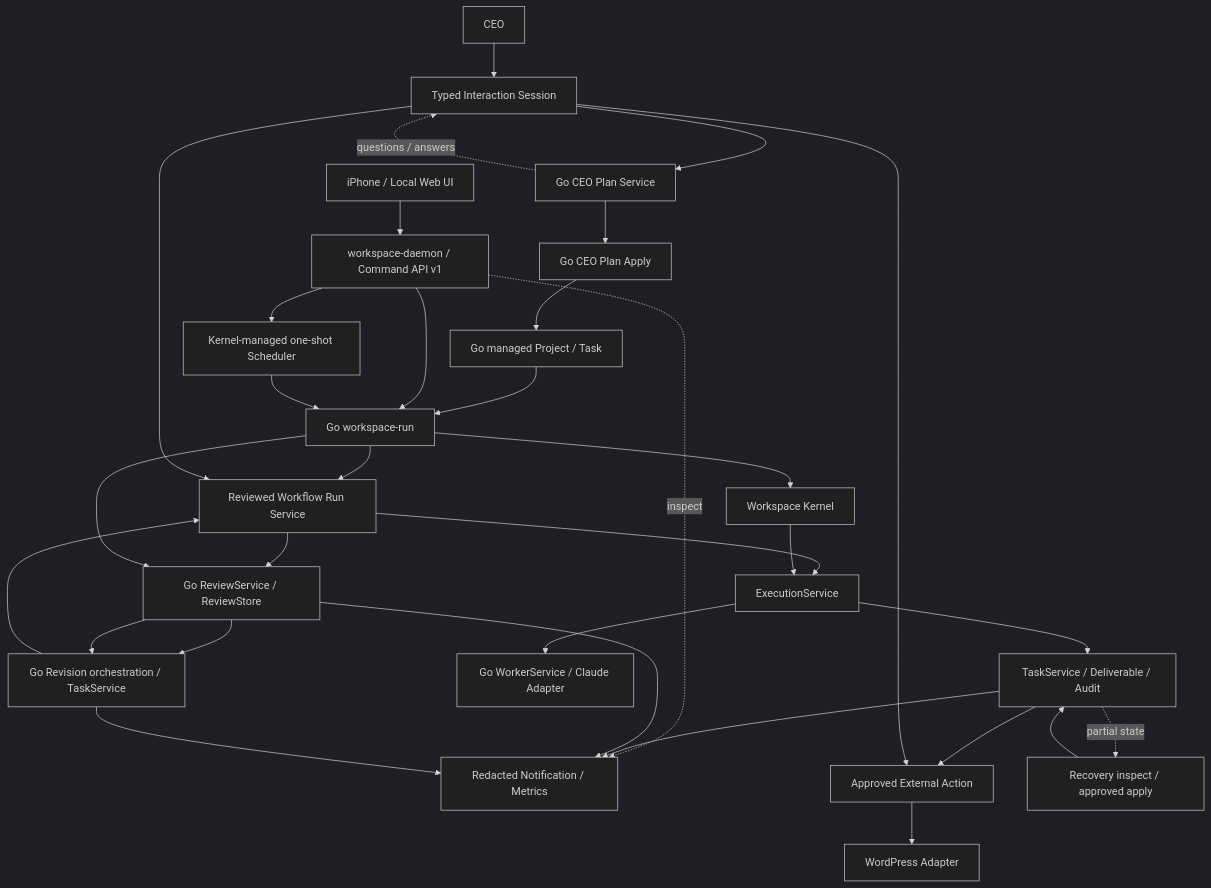
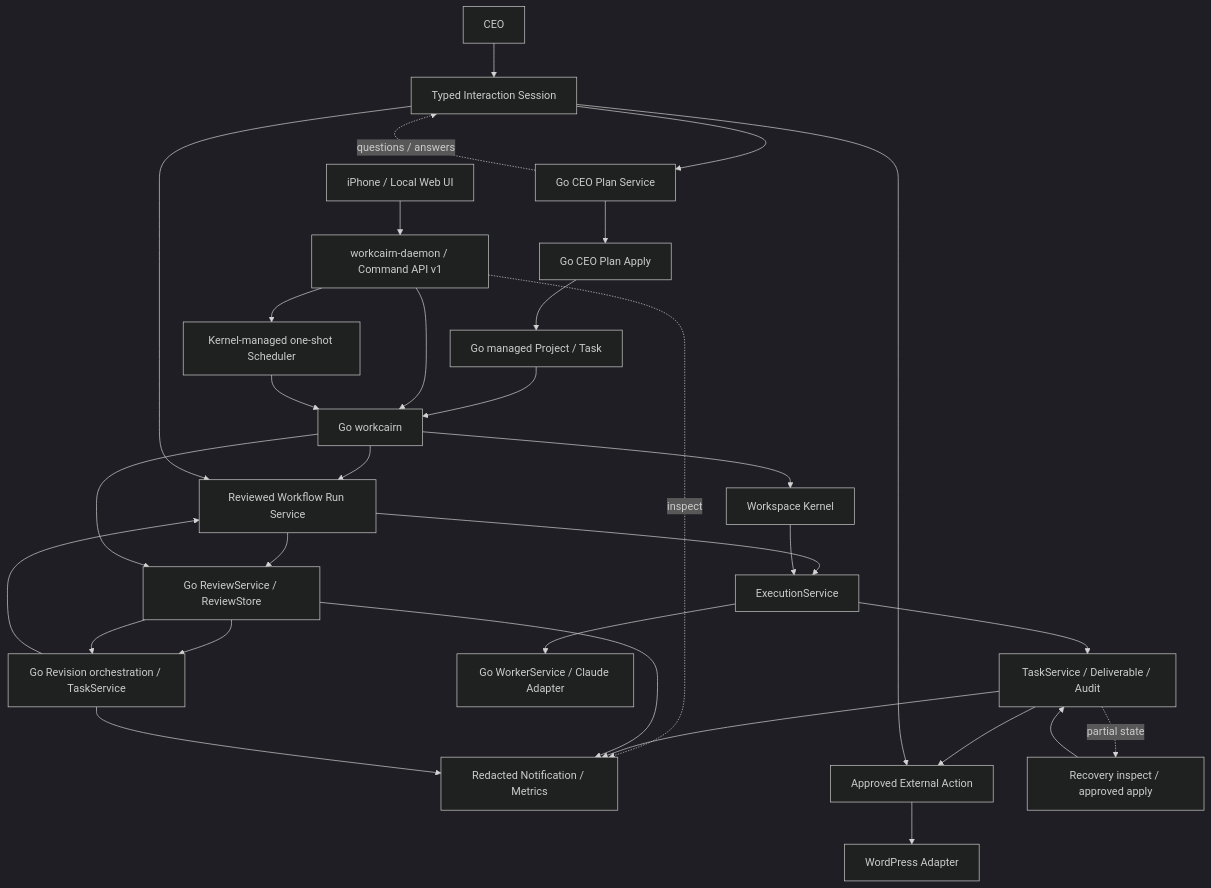
Before and after one commit to AkiraShimizu0/WorkCairn: the diagram in docs/architecture.mmd, drawn with Mermaid (dark theme). The commit also changed 213 other files, not shown here.

```diff
--- a/docs/architecture.mmd
+++ b/docs/architecture.mmd
@@ -1,32 +1,32 @@
 flowchart TD
     CEO["CEO"] --> Interaction["Typed Interaction Session"]
     Interaction --> CEOPlan["Go CEO Plan Service"]
     CEOPlan -. questions / answers .-> Interaction
     CEOPlan --> CEOApply["Go CEO Plan Apply"]
     CEOApply --> Managed["Go managed Project / Task"]
-    Managed --> Run["Go workspace-run"]
-    API["workspace-daemon / Command API v1"] --> Run
+    Managed --> Run["Go workcairn"]
+    API["workcairn-daemon / Command API v1"] --> Run
     Mobile["iPhone / Local Web UI"] --> API
     API --> Scheduler["Kernel-managed one-shot Scheduler"]
     Scheduler --> Run
     API -. inspect .-> Observe["Redacted Notification / Metrics"]
     Run --> WorkflowRun["Reviewed Workflow Run Service"]
     Interaction --> WorkflowRun
     WorkflowRun --> Execution
     WorkflowRun --> Review
     Review --> Revision
     Revision --> WorkflowRun
     Run --> Kernel["Workspace Kernel"]
     Kernel --> Execution["ExecutionService"]
     Execution --> GoWorker["Go WorkerService / Claude Adapter"]
     Execution --> Task["TaskService / Deliverable / Audit"]
     Task --> Action["Approved External Action"]
     Interaction --> Action
     Action --> WordPress["WordPress Adapter"]
     Task --> Observe
     Review --> Observe
     Revision --> Observe
     Task -. partial state .-> Recovery["Recovery inspect / approved apply"]
     Recovery --> Task
     Run --> Review["Go ReviewService / ReviewStore"]
     Review --> Revision["Go Revision orchestration / TaskService"]
```
